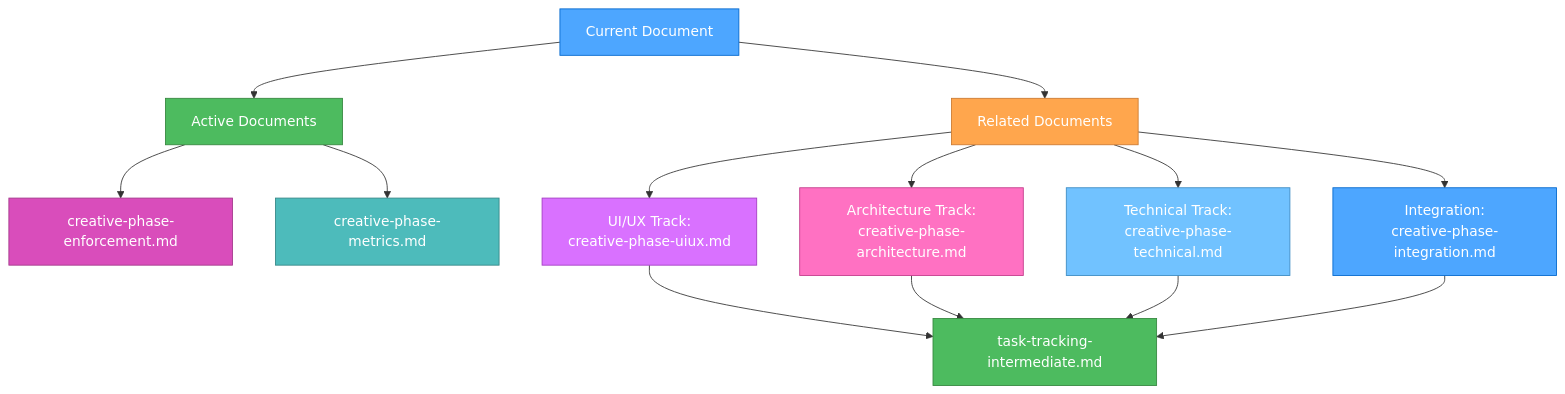
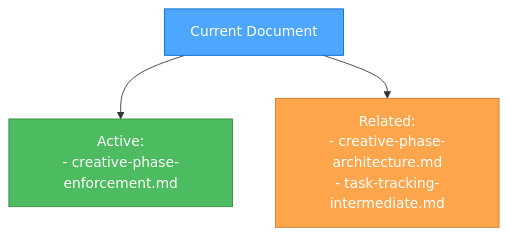
Before and after one commit to 7Spade/cursor-memory-bank: the fourth of 4 diagrams in .cursor/rules/isolation_rules/Core/creative-phase-enforcement.mdc, drawn with Mermaid. The commit also changed other lines of this file and 4 other files, not shown here.

Commit message:
feat: Revise creative phase enforcement and metrics documentation; streamline task tracking processes, enhance verification protocols, and update task entry templates to improve clarity and efficiency in project management.

````diff
--- a/.cursor/rules/isolation_rules/Core/creative-phase-enforcement.mdc
+++ b/.cursor/rules/isolation_rules/Core/creative-phase-enforcement.mdc
@@ -315,29 +137,9 @@
 ```mermaid
 graph TD
-    Current["Current Document"] --> Active["Active Documents"]
-    Current --> Related["Related Documents"]
-    
-    Active --> A1["creative-phase-enforcement.md"]
-    Active --> A2["creative-phase-metrics.md"]
-    
-    Related --> R1["UI/UX Track:<br>creative-phase-uiux.md"]
-    Related --> R2["Architecture Track:<br>creative-phase-architecture.md"]
-    Related --> R3["Technical Track:<br>creative-phase-technical.md"]
-    Related --> R4["Integration:<br>creative-phase-integration.md"]
-    
-    R1 --> T1["task-tracking-intermediate.md"]
-    R2 --> T1
-    R3 --> T1
-    R4 --> T1
+    Current["Current Document"] --> Active["Active:<br>- creative-phase-enforcement.md"]
+    Current --> Related["Related:<br>- creative-phase-architecture.md<br>- task-tracking-intermediate.md"]
     
     style Current fill:#4da6ff,stroke:#0066cc,color:white
     style Active fill:#4dbb5f,stroke:#36873f,color:white
     style Related fill:#ffa64d,stroke:#cc7a30,color:white
-    style A1 fill:#d94dbb,stroke:#a3378a,color:white
-    style A2 fill:#4dbbbb,stroke:#368787,color:white
-    style R1 fill:#d971ff,stroke:#a33bc2,color:white
-    style R2 fill:#ff71c2,stroke:#c23b8a,color:white
-    style R3 fill:#71c2ff,stroke:#3b8ac2,color:white
-    style R4 fill:#4da6ff,stroke:#0066cc,color:white
-    style T1 fill:#4dbb5f,stroke:#36873f,color:white
 ``` 
````
